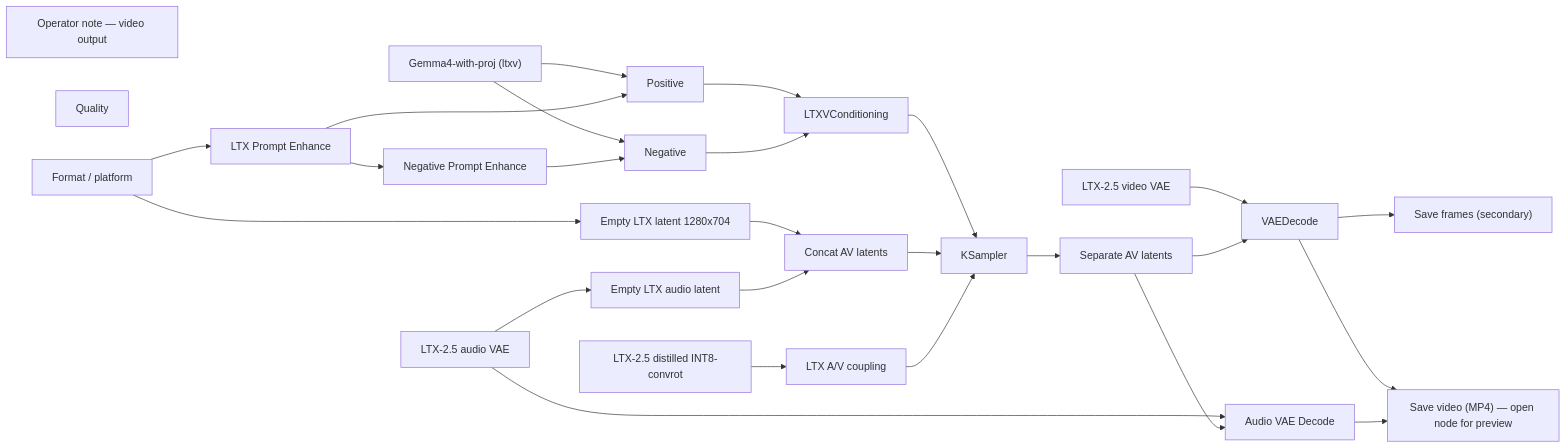
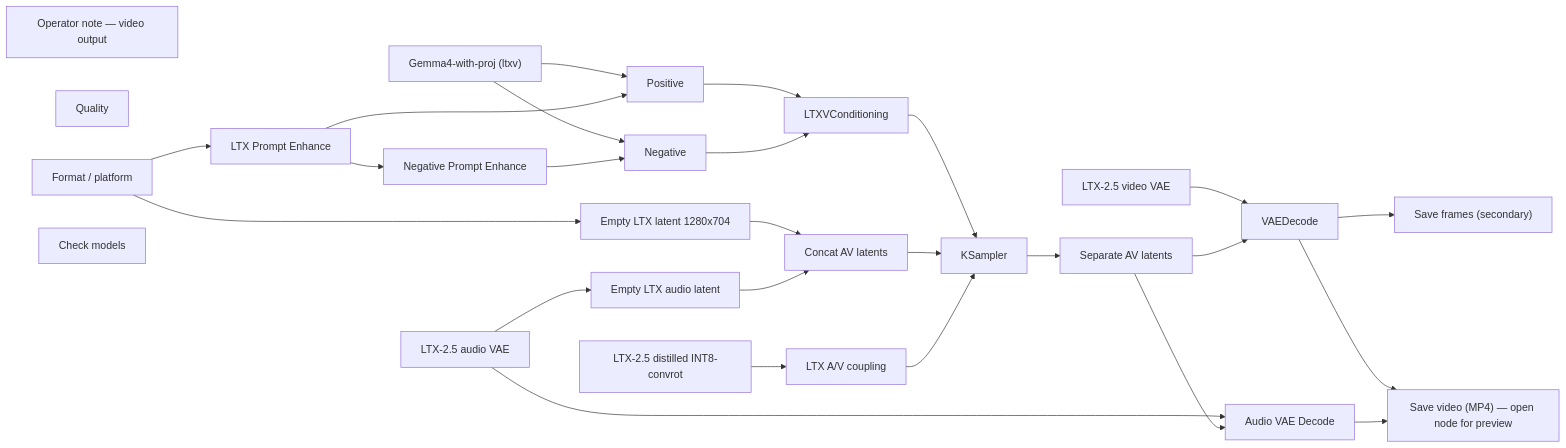
One commit to toxicoder/ez-comfy-stack changed the diagram in docs/generated/workflows/motion/av/dialogue-8s.md. Above: the diagram before and after it, drawn with Mermaid. The commit also changed other lines of this file and 1106 other files, not shown here.

First line of the commit message:
feat: add Check models node to every lab App

````diff
--- a/docs/generated/workflows/motion/av/dialogue-8s.md
+++ b/docs/generated/workflows/motion/av/dialogue-8s.md
@@ -57,49 +57,50 @@
 ```mermaid
 flowchart LR
   N1["LTX-2.5 distilled INT8-convrot"]
   N2["LTX-2.5 video VAE"]
   N3["Gemma4-with-proj (ltxv)"]
   N4["Positive"]
   N5["Negative"]
   N6["Empty LTX latent 1280x704"]
   N7["LTXVConditioning"]
   N8["KSampler"]
   N9["VAEDecode"]
   N10["Save frames (secondary)"]
   N11["LTX-2.5 audio VAE"]
   N12["Empty LTX audio latent"]
   N13["Concat AV latents"]
   N14["Separate AV latents"]
   N15["Operator note — video output"]
   N16["Save video (MP4) — open node for preview"]
   N17["LTX Prompt Enhance"]
   N18["Audio VAE Decode"]
   N19["Negative Prompt Enhance"]
   N20["LTX A/V coupling"]
   N21["Quality"]
   N22["Format / platform"]
+  N23["Check models"]
   N1 --> N20
   N2 --> N9
   N3 --> N4
   N3 --> N5
   N4 --> N7
   N5 --> N7
   N6 --> N13
   N7 --> N8
   N8 --> N14
   N9 --> N10
   N9 --> N16
   N11 --> N12
   N11 --> N18
   N12 --> N13
   N13 --> N8
   N14 --> N9
   N14 --> N18
   N17 --> N4
   N17 --> N19
   N18 --> N16
   N19 --> N5
   N20 --> N8
   N22 --> N6
   N22 --> N17
 ```
````
